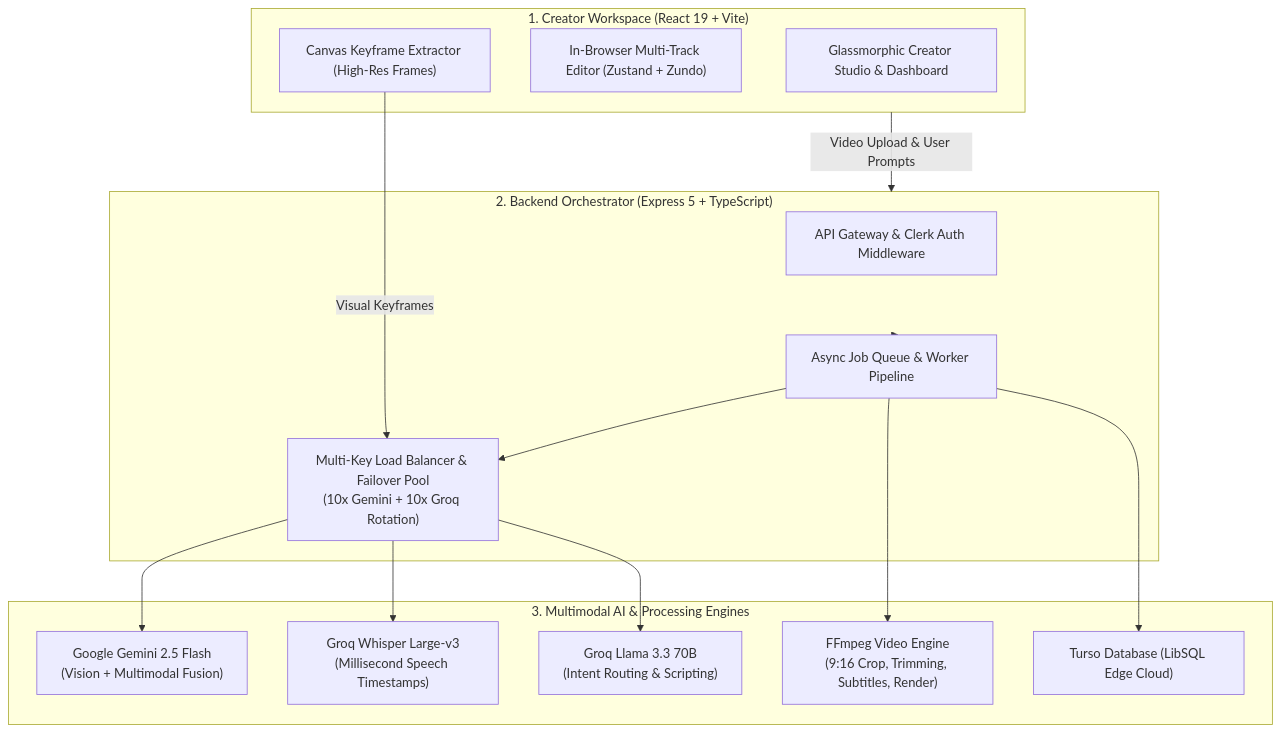
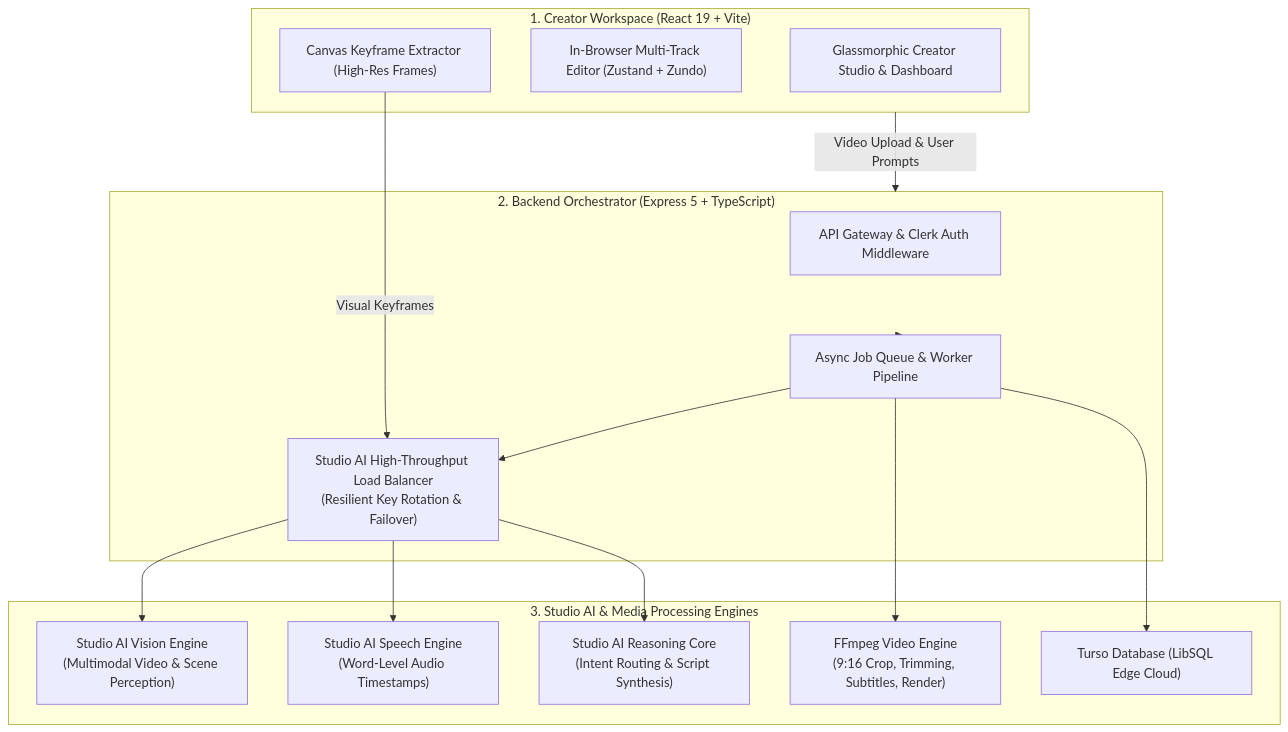
The diagram in README.md (AbdullahAnsari103/studiopulse-devenger), drawn with Mermaid before and after one commit. The commit also changed other lines of this file, not shown here.

Commit message:
docs: rebrand all AI references to Studio AI in README

````diff
--- a/README.md
+++ b/README.md
@@ -55,32 +55,32 @@
 ```mermaid
 flowchart TD
     subgraph Client ["1. Creator Workspace (React 19 + Vite)"]
         UI["Glassmorphic Creator Studio & Dashboard"]
         NLE["In-Browser Multi-Track Editor (Zustand + Zundo)"]
         FrameCapture["Canvas Keyframe Extractor (High-Res Frames)"]
     end
 
     subgraph Gateway ["2. Backend Orchestrator (Express 5 + TypeScript)"]
         API["API Gateway & Clerk Auth Middleware"]
         Queue["Async Job Queue & Worker Pipeline"]
-        Balancer["Multi-Key Load Balancer & Failover Pool<br/>(10x Gemini + 10x Groq Rotation)"]
+        Balancer["Studio AI High-Throughput Load Balancer<br/>(Resilient Key Rotation & Failover)"]
     end
 
-    subgraph Intelligence ["3. Multimodal AI & Processing Engines"]
-        Gemini["Google Gemini 2.5 Flash<br/>(Vision + Multimodal Fusion)"]
-        Whisper["Groq Whisper Large-v3<br/>(Millisecond Speech Timestamps)"]
-        Llama["Groq Llama 3.3 70B<br/>(Intent Routing & Scripting)"]
+    subgraph Intelligence ["3. Studio AI & Media Processing Engines"]
+        StudioVision["Studio AI Vision Engine<br/>(Multimodal Video & Scene Perception)"]
+        StudioSpeech["Studio AI Speech Engine<br/>(Word-Level Audio Timestamps)"]
+        StudioReasoning["Studio AI Reasoning Core<br/>(Intent Routing & Script Synthesis)"]
         FFmpeg["FFmpeg Video Engine<br/>(9:16 Crop, Trimming, Subtitles, Render)"]
         Turso["Turso Database (LibSQL Edge Cloud)"]
     end
 
     Client -->|Video Upload & User Prompts| Gateway
     FrameCapture -->|Visual Keyframes| Balancer
     Gateway --> Queue
     Queue --> Balancer
-    Balancer --> Gemini
-    Balancer --> Whisper
-    Balancer --> Llama
+    Balancer --> StudioVision
+    Balancer --> StudioSpeech
+    Balancer --> StudioReasoning
     Queue --> FFmpeg
     Queue --> Turso
 ```
````
